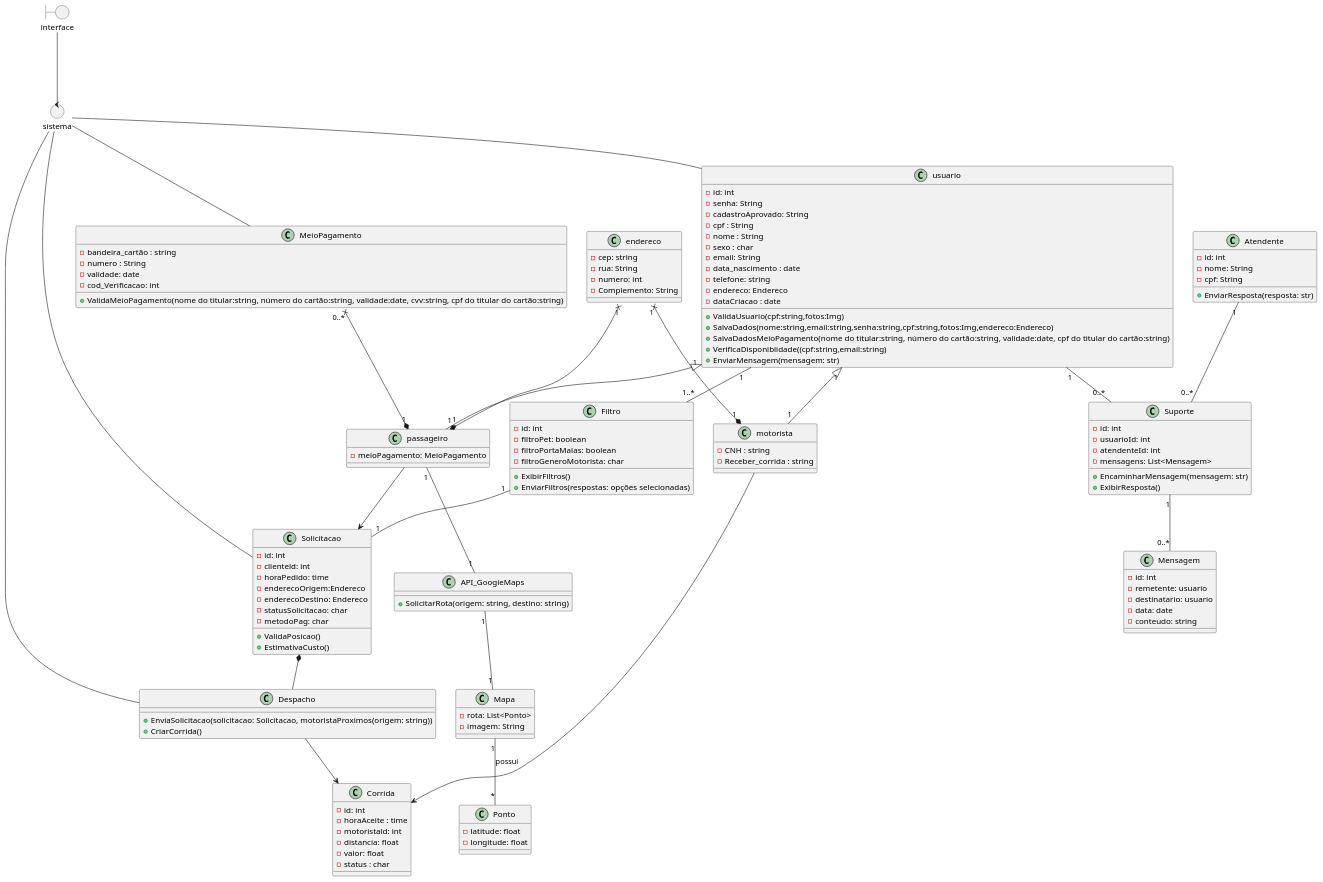
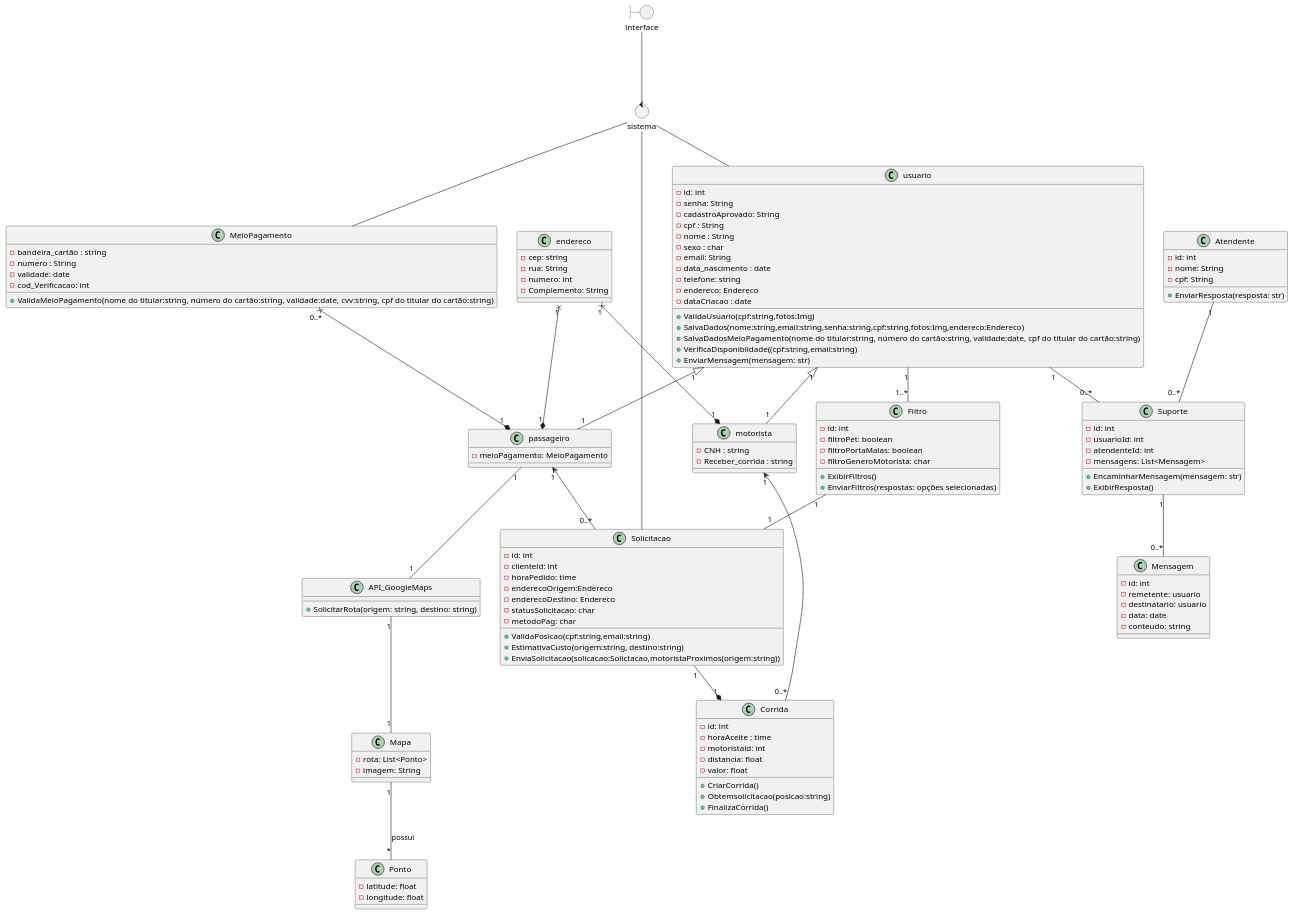
The diagram in Sprint_3/deploy.puml (XMATHEUSX/UML), drawn with PlantUML before and after one commit. The commit also changed 5 other files, not shown here.

```diff
--- a/Sprint_3/deploy.puml
+++ b/Sprint_3/deploy.puml
@@ -1,153 +1,150 @@
 @startuml
 allowmixing
 
 boundary interface
 
 control sistema
 
 class usuario {
 - id: int
 - senha: String 
 - cadastroAprovado: String
 - cpf : String
 - nome : String
 - sexo : char
 - email: String
 - data_nascimento : date
 - telefone: string
 - endereco: Endereco 
 - dataCriacao : date
 + ValidaUsuario(cpf:string,fotos:Img)
 + SalvaDados(nome:string,email:string,senha:string,cpf:string,fotos:Img,endereco:Endereco)
 + SalvaDadosMeioPagamento(nome do titular:string, número do cartão:string, validade:date, cpf do titular do cartão:string)
 + VerificaDisponiblidade((cpf:string,email:string)
 + EnviarMensagem(mensagem: str)
 }
 class Solicitacao {
 - id: int
 - clienteld: int
 - horaPedido: time
 - enderecoOrigem:Endereco 
 - enderecoDestino: Endereco 
 - statusSolicitacao: char
 - metodoPag: char
-+ ValidaPosicao()
-+ EstimativaCusto()
++ ValidaPosicao(cpf:string,email:string)
++ EstimativaCusto(origem:string, destino:string)
++ EnviaSolicitacao(solicacao:Solictacao,motoristaProximos(origem:string))
 }
+
 
 class Corrida {
 - id: int
 - horaAceite : time
 - motoristald: int
 - distancia: float
 - valor: float
-- status : char
++ CriarCorrida()
++ Obtemsolicitacao(posicao:string) 
++ FinalizaCorrida()
 }
 
 class motorista
 {
 - CNH : string
 - Receber_corrida : string
 }
 class passageiro
 {
 - meioPagamento: MeioPagamento
 }
 
 class endereco
 {
 - cep: string
 - rua: String
 - numero: int
 - Complemento: String
 }
 
 class MeioPagamento{
 - bandeira_cartão : string
 - numero : String
 - validade: date
 - cod_Verificacao: int
 + ValidaMeioPagamento(nome do titular:string, número do cartão:string, validade:date, cvv:string, cpf do titular do cartão:string)
 }
 
 class API_GoogleMaps {
     + SolicitarRota(origem: string, destino: string)
 }
 
 class Mapa {
 - rota: List<Ponto>
 - imagem: String
 }
 
 class Ponto {
 - latitude: float
 - longitude: float
 }
 
 class Atendente {
 - id: int
 - nome: String
 - cpf: String
 + EnviarResposta(resposta: str)
 }
 
 class Mensagem {
 - id: int
 - remetente: usuario
 - destinatario: usuario
 - data: date
 - conteudo: string
 }
 
 class Filtro {
 - id: int
 - filtroPet: boolean
 - filtroPortaMalas: boolean
 - filtroGeneroMotorista: char
 + ExibirFiltros()
 + EnviarFiltros(respostas: opções selecionadas)
 }
 
 class Suporte{
 - id: int
 - usuarioId: int
 - atendenteId: int
 - mensagens: List<Mensagem>
 + EncaminharMensagem(mensagem: str)
 + ExibirResposta()
 }
 
-class Despacho {
-+ EnviaSolicitacao(solicitacao: Solicitacao, motoristaProximos(origem: string))
-+ CriarCorrida()
-}
-
 passageiro "1" *-up-x "0..*" MeioPagamento
 passageiro "1" *-up-x "1" endereco
 motorista "1" *-up-x "1" endereco
 usuario "1" <|-down- "1" motorista
 usuario "1" <|-right- "1" passageiro
 
-passageiro --> Solicitacao
-motorista --> Corrida
-Solicitacao *-- Despacho
-Despacho --> Corrida
+passageiro"1" <-- "0..*"Solicitacao
+motorista "1"<-- "0..*"Corrida
+Solicitacao"1" --* "1"Corrida
 
 passageiro "1" -- "1" API_GoogleMaps
 API_GoogleMaps "1" -- "1" Mapa
 
 usuario "1" -- "0..*" Suporte
 Atendente "1" -- "0..*" Suporte
 Suporte "1" -- "0..*" Mensagem
 
 usuario "1" -- "1..*" Filtro
 Filtro "1" -- "1" Solicitacao
 
 Mapa "1" -- "*" Ponto : possui
 
 interface --- sistema
 sistema -- usuario
 sistema -- MeioPagamento
 sistema -- Solicitacao
-sistema -- Despacho
 @enduml
```
